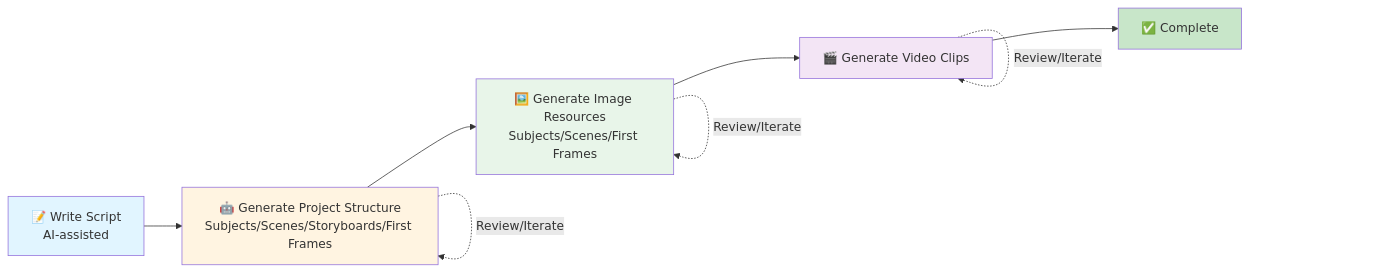
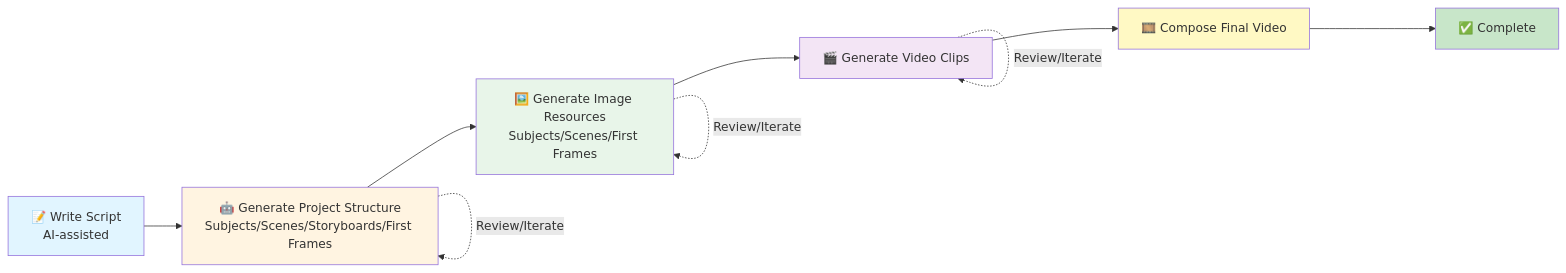
One commit to Cici2014/vibevideo changed the diagram in README.md. Above: the diagram before and after it, drawn with Mermaid. The commit also changed other lines of this file and 5 other files, not shown here.

````diff
--- a/README.md
+++ b/README.md
@@ -43,17 +43,19 @@
 ```mermaid
 flowchart LR
     A[📝 Write Script<br/>AI-assisted] --> B[🤖 Generate Project Structure<br/>Subjects/Scenes/Storyboards/First Frames]
     B --> C[🖼️ Generate Image Resources<br/>Subjects/Scenes/First Frames]
     C --> D[🎬 Generate Video Clips]
-    D --> E[✅ Complete]
+    D --> E[🎞️ Compose Final Video]
+    E --> F[✅ Complete]
     
     B -.Review/Iterate.-> B
     C -.Review/Iterate.-> C
     D -.Review/Iterate.-> D
     
     style A fill:#e1f5ff
     style B fill:#fff4e1
     style C fill:#e8f5e9
     style D fill:#f3e5f5
-    style E fill:#c8e6c9
+    style E fill:#fff9c4
+    style F fill:#c8e6c9
 ```
````
